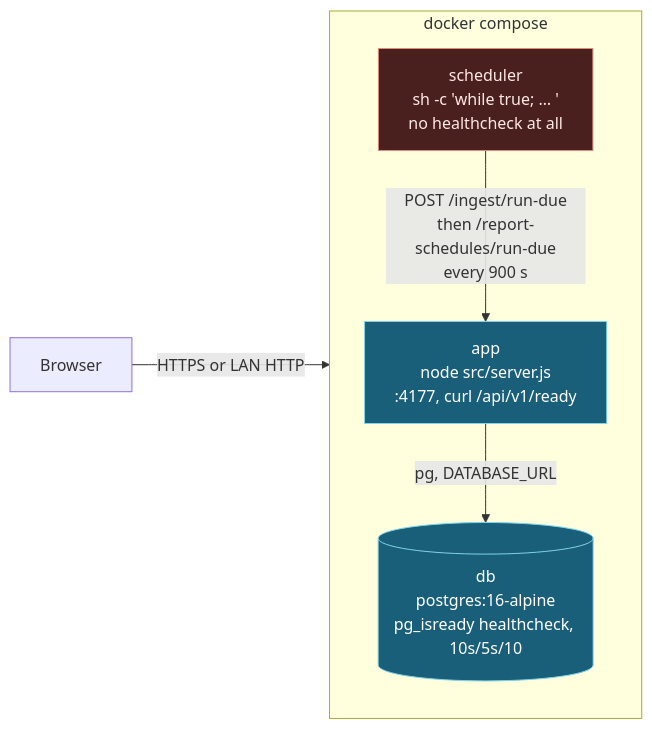
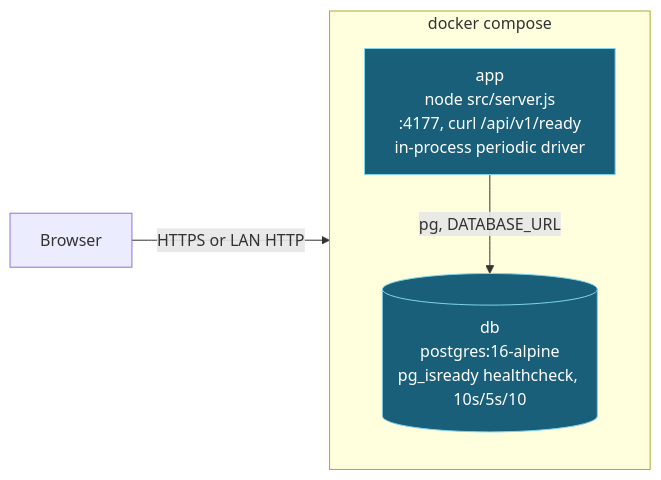
One commit to nyimbi/lindela-lite changed the first of 3 diagrams in docs/architecture/deployment.md. Above: the diagram before and after it, drawn with Mermaid. The commit also changed other lines of this file and 3 other files, not shown here.

First line of the commit message:
docs: four files described a scheduler the app no longer has

````diff
--- a/docs/architecture/deployment.md
+++ b/docs/architecture/deployment.md
@@ -60,18 +73,14 @@
 ```mermaid
 flowchart LR
   subgraph compose["docker compose"]
     direction TB
     DB[("db<br/>postgres:16-alpine<br/>pg_isready healthcheck, 10s/5s/10")]
-    APP["app<br/>node src/server.js<br/>:4177, curl /api/v1/ready"]
-    SCH["scheduler<br/>sh -c 'while true; … '<br/>no healthcheck at all"]
+    APP["app<br/>node src/server.js<br/>:4177, curl /api/v1/ready<br/>in-process periodic driver"]
   end
 
   BROWSER["Browser"] -->|"HTTPS or LAN HTTP"| APP
   APP -->|"pg, DATABASE_URL"| DB
-  SCH -->|"POST /ingest/run-due<br/>then /report-schedules/run-due<br/>every 900 s"| APP
 
   classDef svc fill:#1a5f7a,stroke:#7fd4e8,color:#fff
-  classDef silent fill:#4a201f,stroke:#e08a80,color:#ffe8e4
   class APP,DB svc
-  class SCH silent
 ```
````
